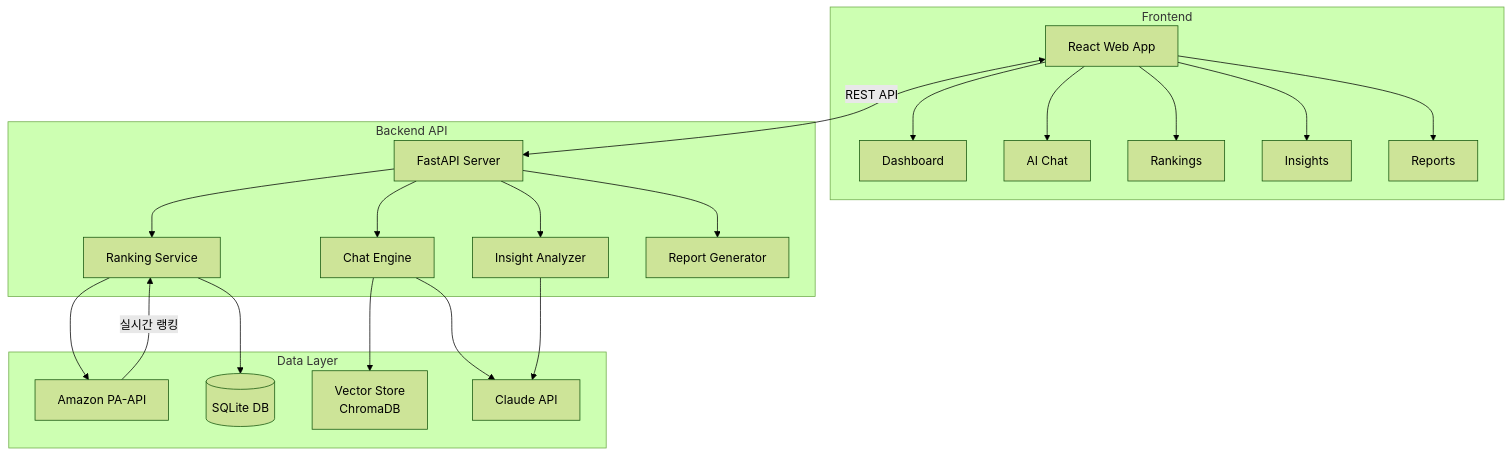
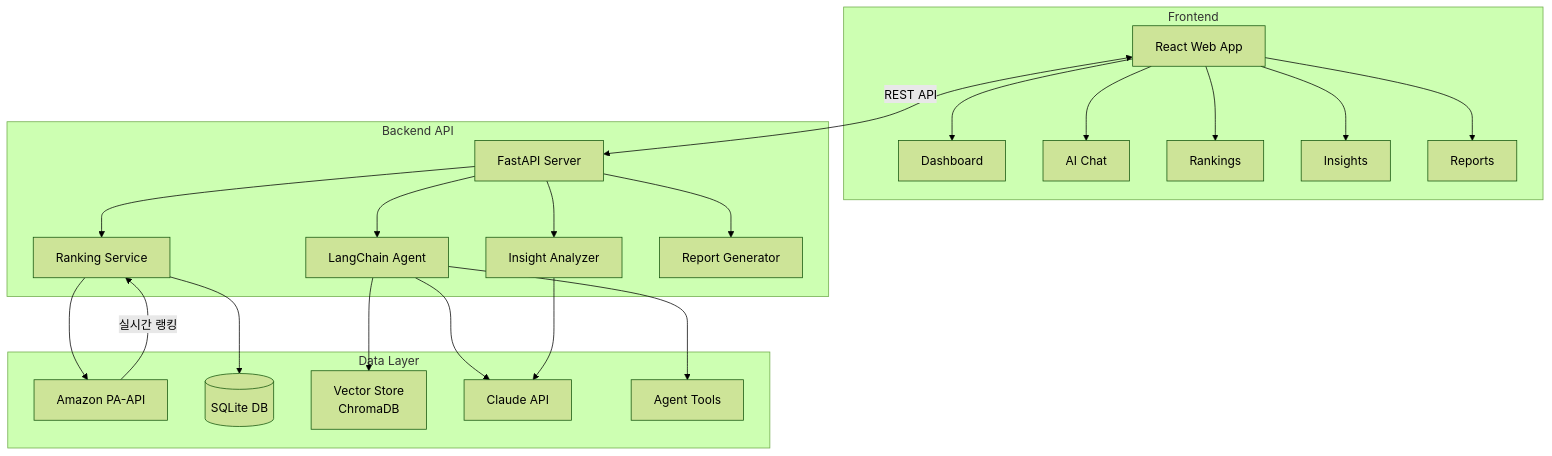
One commit to terrapin888/amore_ai_agent changed the first of 2 diagrams in README.md. Above: the diagram before and after it, drawn with Mermaid (forest theme). The commit also changed other lines of this file, not shown here.

First line of the commit message:
Update README for LangChain Agent architecture

````diff
--- a/README.md
+++ b/README.md
@@ -74,28 +75,29 @@
 ```mermaid
 graph TB
     subgraph "Frontend"
         A[React Web App] --> B[Dashboard]
         A --> C[AI Chat]
         A --> D[Rankings]
         A --> E[Insights]
         A --> F[Reports]
     end
 
     subgraph "Backend API"
         G[FastAPI Server] --> H[Ranking Service]
-        G --> I[Chat Engine]
+        G --> I[LangChain Agent]
         G --> J[Insight Analyzer]
         G --> K[Report Generator]
     end
 
     subgraph "Data Layer"
         H --> L[Amazon PA-API]
         H --> M[(SQLite DB)]
         I --> N[Vector Store<br/>ChromaDB]
         I --> O[Claude API]
+        I --> P[Agent Tools]
         J --> O
     end
 
     A <-->|REST API| G
     L -->|실시간 랭킹| H
 ```
````
